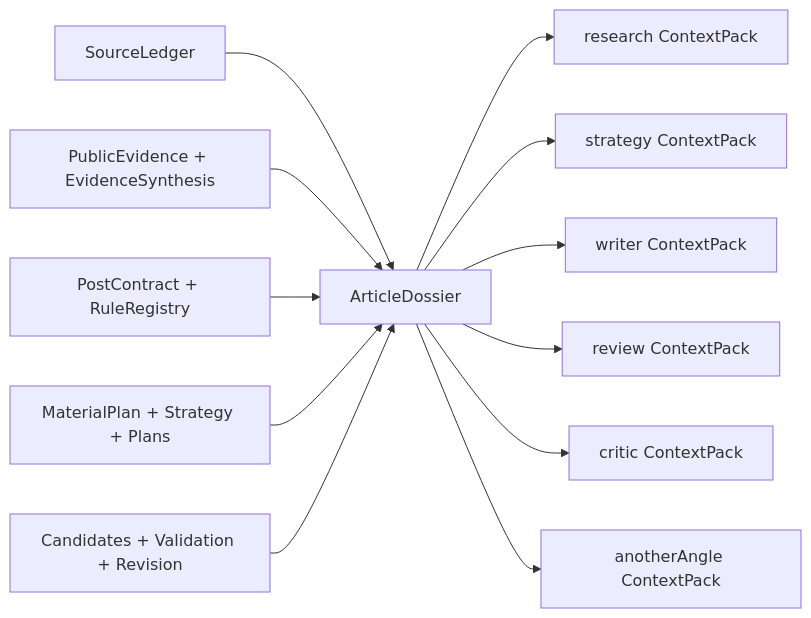
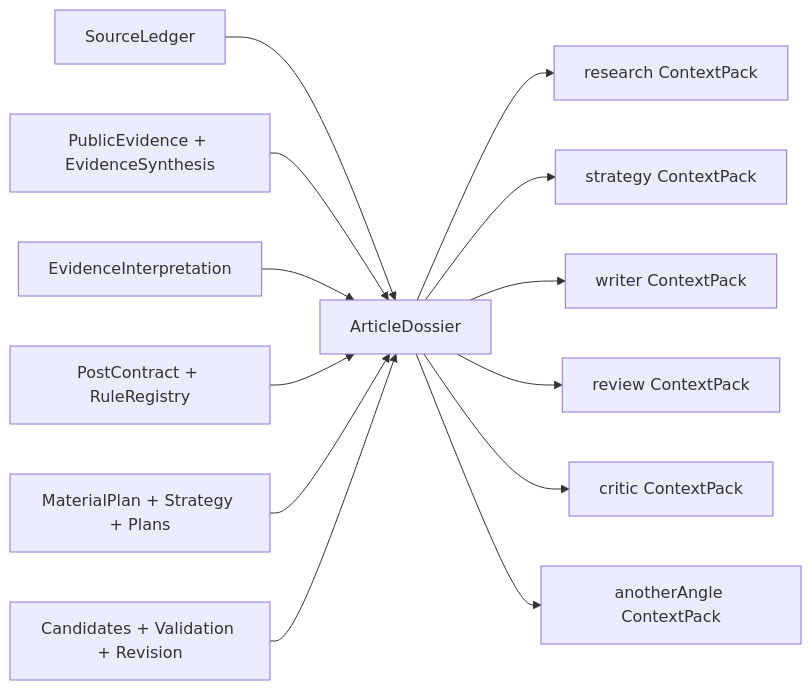
The fourth of 4 diagrams in docs/architecture/DRAFT_RUN_PIPELINE_AS_IS.md (mudrezzz/glavred), drawn with Mermaid before and after one commit. The commit also changed other lines of this file and 23 other files, not shown here.

Commit message:
feat: add evidence interpretation layer

````diff
--- a/docs/architecture/DRAFT_RUN_PIPELINE_AS_IS.md
+++ b/docs/architecture/DRAFT_RUN_PIPELINE_AS_IS.md
@@ -579,14 +603,15 @@
 ```mermaid
 flowchart LR
   A[SourceLedger] --> D[ArticleDossier]
   B[PublicEvidence + EvidenceSynthesis] --> D
+  B2[EvidenceInterpretation] --> D
   C[PostContract + RuleRegistry] --> D
   E[MaterialPlan + Strategy + Plans] --> D
   F[Candidates + Validation + Revision] --> D
   D --> G[research ContextPack]
   D --> H[strategy ContextPack]
   D --> I[writer ContextPack]
   D --> J[review ContextPack]
   D --> K[critic ContextPack]
   D --> L[anotherAngle ContextPack]
 ```
````
